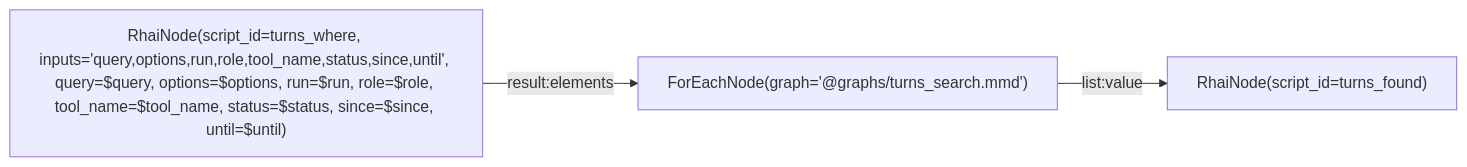
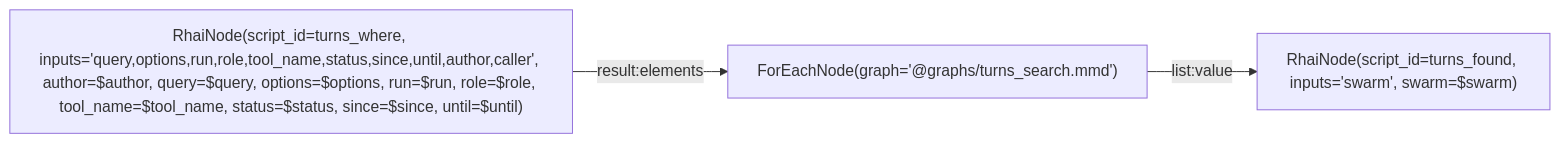
The diagram in extension/rag3weaver/templates/backends/memory/graphs/search_turns.mmd (L-Defraiteur/rag3db), drawn with Mermaid before and after one commit. The commit also changed 4 other files, not shown here.

Commit message:
feat(rag3weaver,memoire): un script qui déclare caller reçoit la clé de l'agent de l'appel, donnée par l'hôte (une clé caller= est refusée) ; search_turns filtre par author (me, une clé, *) et accepte swarm en disant null

```diff
--- a/extension/rag3weaver/templates/backends/memory/graphs/search_turns.mmd
+++ b/extension/rag3weaver/templates/backends/memory/graphs/search_turns.mmd
@@ -1,18 +1,20 @@
 %% tool: search_turns
 %% description: Searches the words of the indexed turns of the runs (the messages, the tool calls with their params and results), with the same filters as list_turns. Only this tool looks in the turns: the other recalls (recall_fiches, recall_apports…) never return a turn. Returns {turns}, each row a message with its score. Listing by time without words: list_turns.
 %% param: query string! -- The words searched.
 %% param: run string = "" -- Only this run; empty: all.
 %% param: role string = "" -- Only this role (user, assistant, tool); empty: all.
 %% param: tool_name string = "" -- Only the calls of this tool; empty: all.
 %% param: status string = "" -- Only this status (ok, error, refused, interrupted); empty: all.
 %% param: since string = "" -- Only the messages said at or after this time, ISO 8601 (compared on `at`); empty: no bound.
 %% param: until string = "" -- Only the messages said at or before this time, ISO 8601; empty: no bound.
+%% param: author string = "" -- Only the turns of this author: « me » (the agent this call is made for, given by the host), an agent key, or « * » / empty for every author.
+%% param: swarm string = "" -- Only the turns of this swarm: « mine », a name, or « * » / empty for every swarm. Accepted before the swarms exist: it filters nothing, and the answer says swarm null.
 %% param: options json = {"limit": 20} -- The options of the search (limit, consistency…); the filters above are added to it.
 %% result: found.result
 
 graph LR
-    where["RhaiNode(script_id=turns_where, inputs='query,options,run,role,tool_name,status,since,until', query=$query, options=$options, run=$run, role=$role, tool_name=$tool_name, status=$status, since=$since, until=$until)"]
+    where["RhaiNode(script_id=turns_where, inputs='query,options,run,role,tool_name,status,since,until,author,caller', author=$author, query=$query, options=$options, run=$run, role=$role, tool_name=$tool_name, status=$status, since=$since, until=$until)"]
     search["ForEachNode(graph='@graphs/turns_search.mmd')"]
-    found["RhaiNode(script_id=turns_found)"]
+    found["RhaiNode(script_id=turns_found, inputs='swarm', swarm=$swarm)"]
     where -->|result:elements| search
     search -->|list:value| found
```
